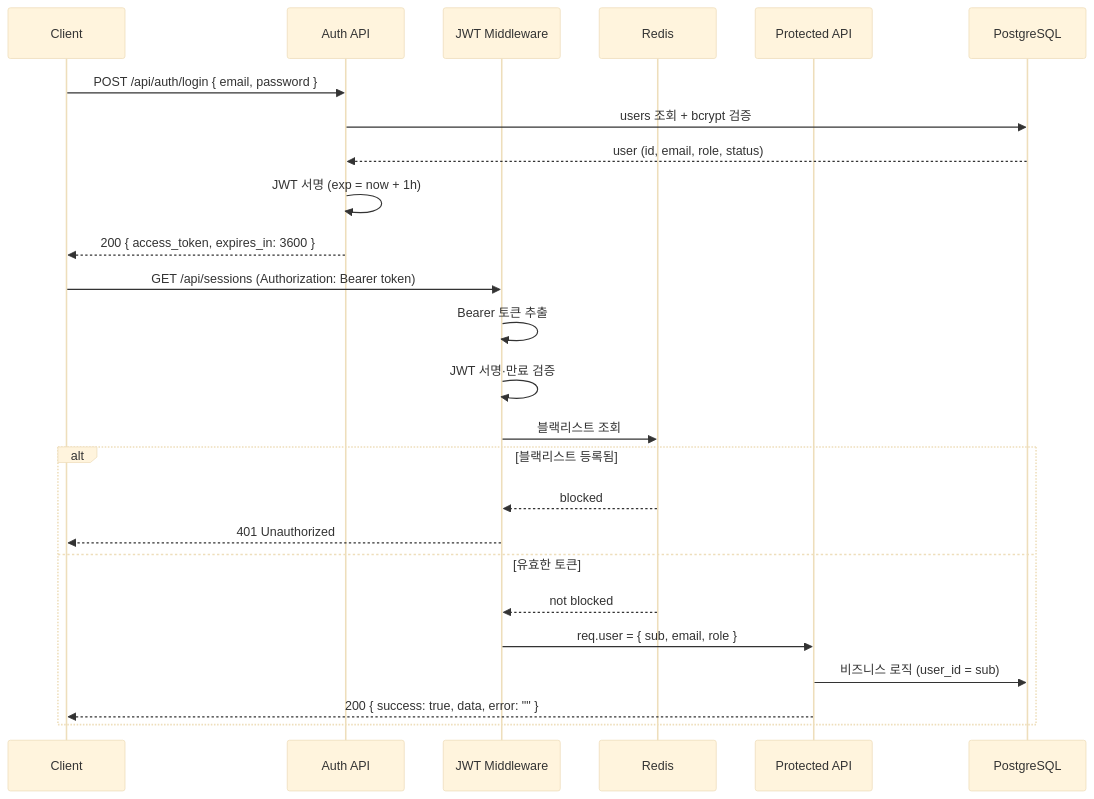
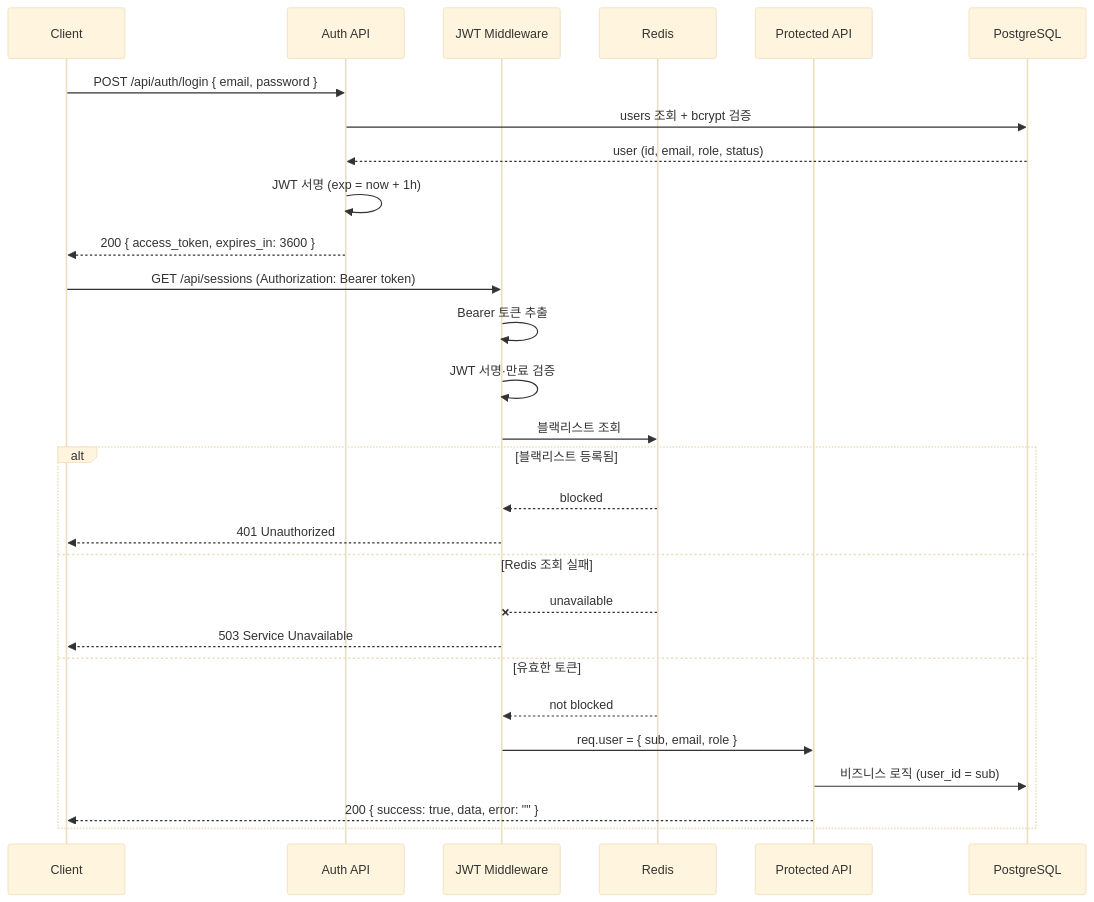
The first of 4 diagrams in docs/auth-flow.md (hwang-sungjo/focusLens), drawn with Mermaid (base theme) before and after one commit. The commit also changed other lines of this file and 58 other files, not shown here.

````diff
--- a/docs/auth-flow.md
+++ b/docs/auth-flow.md
@@ -60,29 +60,32 @@
 ```mermaid
 sequenceDiagram
   participant C as Client
   participant A as Auth API
   participant M as JWT Middleware
   participant R as Redis
   participant P as Protected API
   participant D as PostgreSQL
 
   C->>A: POST /api/auth/login { email, password }
   A->>D: users 조회 + bcrypt 검증
   D-->>A: user (id, email, role, status)
   A->>A: JWT 서명 (exp = now + 1h)
   A-->>C: 200 { access_token, expires_in: 3600 }
 
   C->>M: GET /api/sessions (Authorization: Bearer token)
   M->>M: Bearer 토큰 추출
   M->>M: JWT 서명·만료 검증
   M->>R: 블랙리스트 조회
   alt 블랙리스트 등록됨
     R-->>M: blocked
     M-->>C: 401 Unauthorized
+  else Redis 조회 실패
+    R--xM: unavailable
+    M-->>C: 503 Service Unavailable
   else 유효한 토큰
     R-->>M: not blocked
     M->>P: req.user = { sub, email, role }
     P->>D: 비즈니스 로직 (user_id = sub)
     P-->>C: 200 { success: true, data, error: "" }
   end
 ```
````
